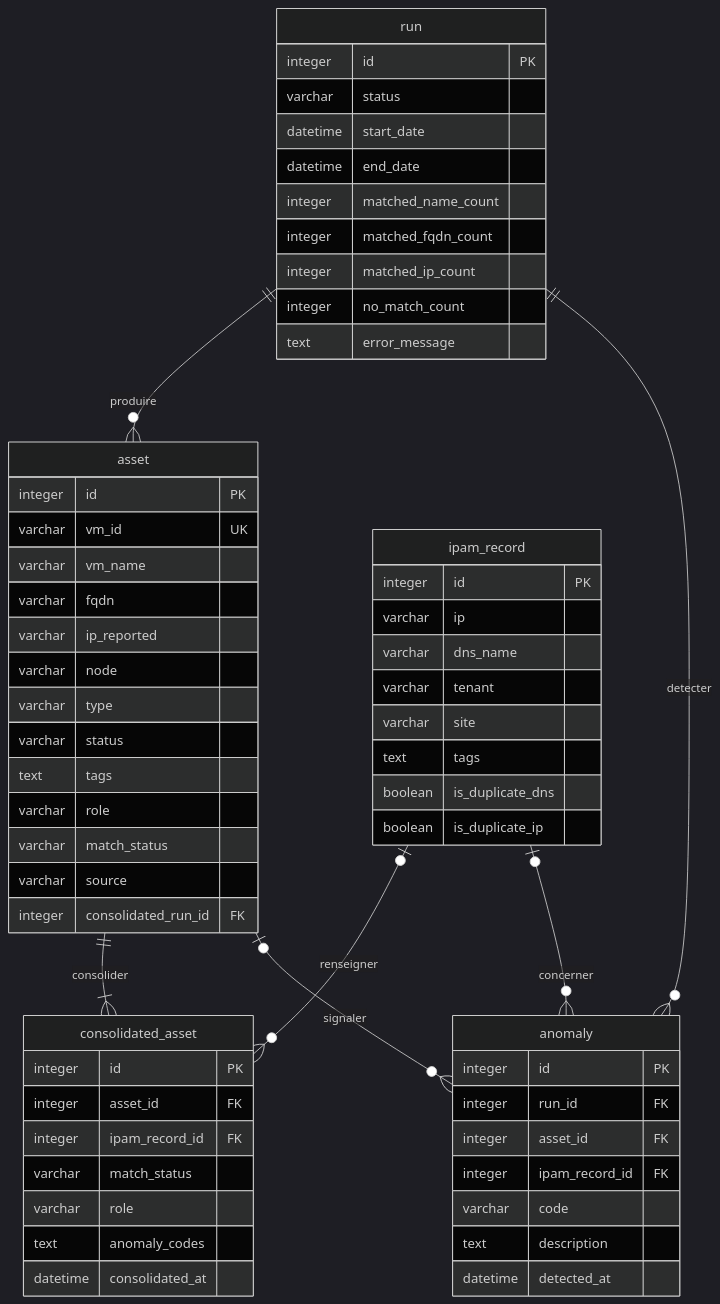
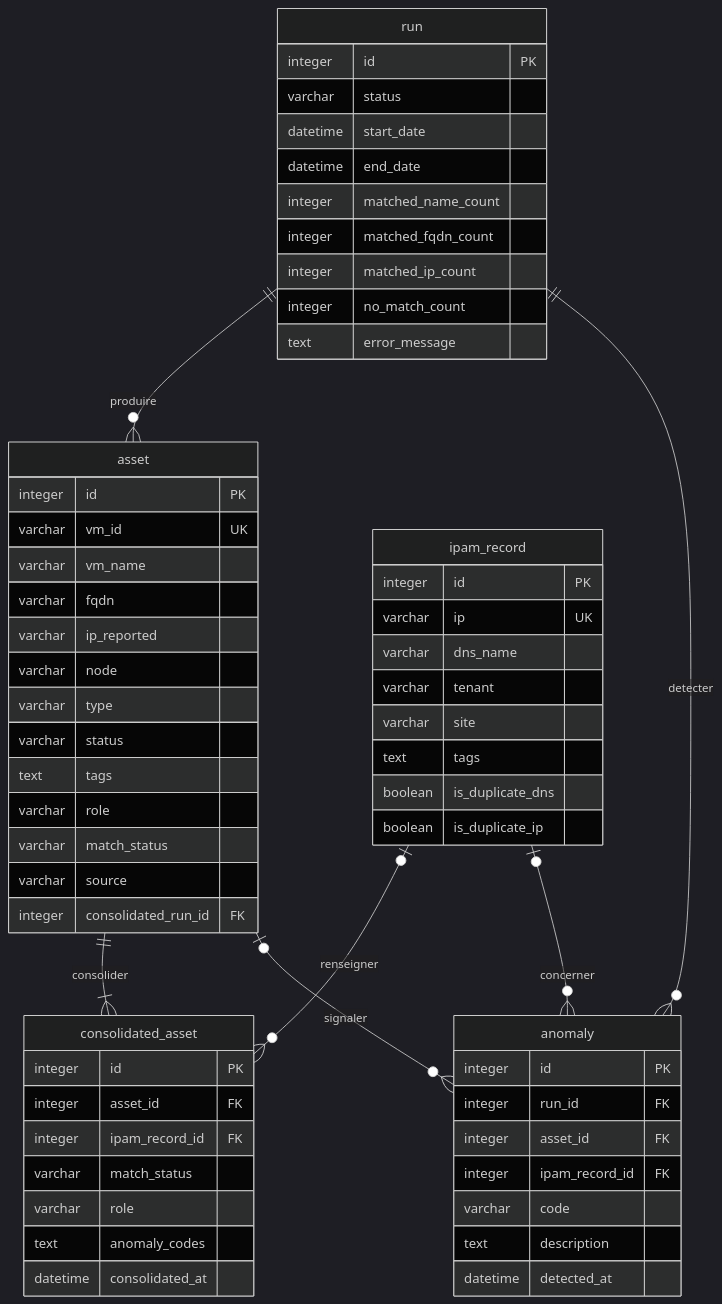
Before and after one commit to Fr0gzilla/CloudInventory: the diagram in docs/modele/mld.md, drawn with Mermaid (dark theme). The commit also changed other lines of this file and 13 other files, not shown here.

````diff
--- a/docs/modele/mld.md
+++ b/docs/modele/mld.md
@@ -10,64 +11,64 @@
 ```mermaid
 erDiagram
     run ||--o{ asset : produire
     run ||--o{ anomaly : detecter
     asset ||--|{ consolidated_asset : consolider
     ipam_record |o--o{ consolidated_asset : renseigner
     asset |o--o{ anomaly : signaler
     ipam_record |o--o{ anomaly : concerner
 
     run {
         integer id PK
         varchar status
         datetime start_date
         datetime end_date
         integer matched_name_count
         integer matched_fqdn_count
         integer matched_ip_count
         integer no_match_count
         text error_message
     }
     asset {
         integer id PK
         varchar vm_id UK
         varchar vm_name
         varchar fqdn
         varchar ip_reported
         varchar node
         varchar type
         varchar status
         text tags
         varchar role
         varchar match_status
         varchar source
         integer consolidated_run_id FK
     }
     ipam_record {
         integer id PK
-        varchar ip
+        varchar ip UK
         varchar dns_name
         varchar tenant
         varchar site
         text tags
         boolean is_duplicate_dns
         boolean is_duplicate_ip
     }
     consolidated_asset {
         integer id PK
         integer asset_id FK
         integer ipam_record_id FK
         varchar match_status
         varchar role
         text anomaly_codes
         datetime consolidated_at
     }
     anomaly {
         integer id PK
         integer run_id FK
         integer asset_id FK
         integer ipam_record_id FK
         varchar code
         text description
         datetime detected_at
     }
 ```
````
